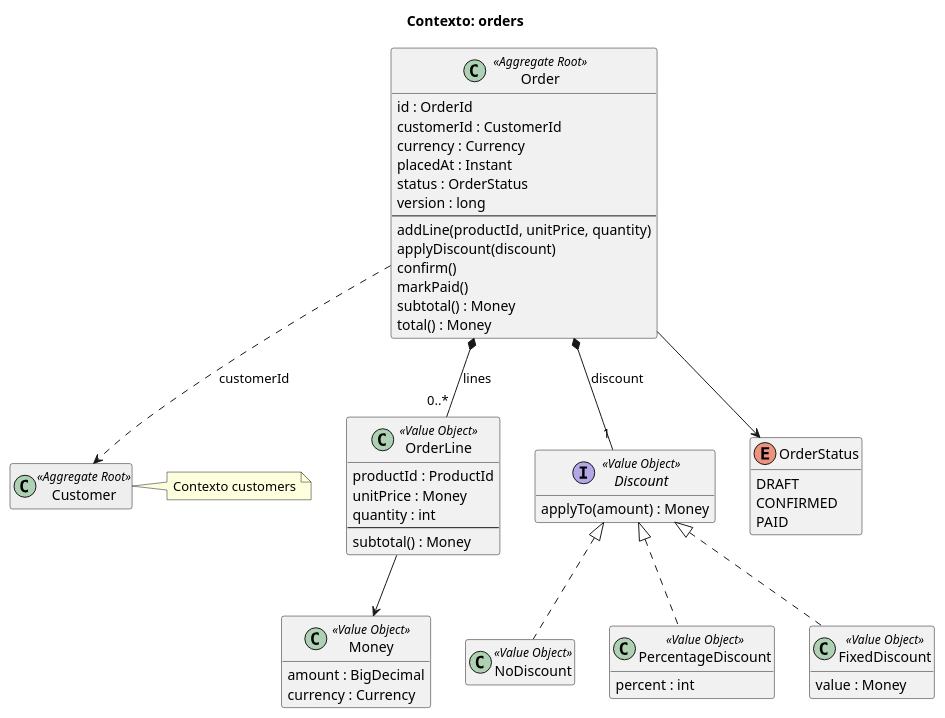
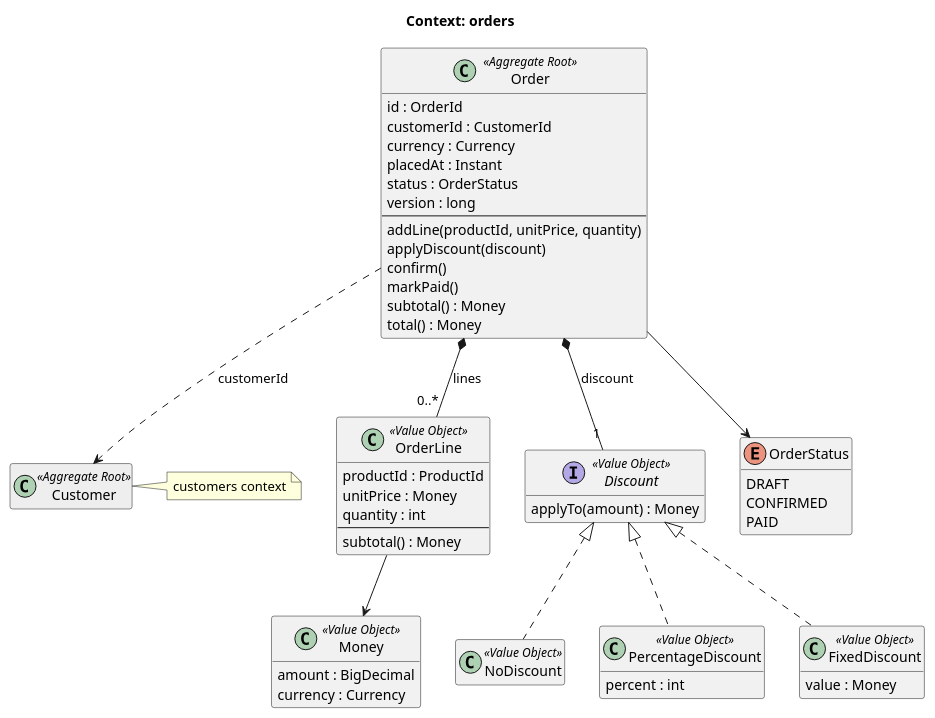
The diagram in .claude/references/docs/diagrams/orders.puml (erikandreasdev/spring-ddd-template), drawn with PlantUML before and after one commit. The commit also changed 165 other files, not shown here.

```diff
--- a/.claude/references/docs/diagrams/orders.puml
+++ b/.claude/references/docs/diagrams/orders.puml
@@ -1,65 +1,65 @@
 @startuml orders
-' Diagrama de clases de un contexto: solo modelo de dominio, sin repositorios ni casos de uso.
-title Contexto: orders
+' Class diagram of a context: domain model only, no repositories or use cases.
+title Context: orders
 
 hide empty members
 skinparam classAttributeIconSize 0
 
 class Order <<Aggregate Root>> {
   id : OrderId
   customerId : CustomerId
   currency : Currency
   placedAt : Instant
   status : OrderStatus
   version : long
   --
   addLine(productId, unitPrice, quantity)
   applyDiscount(discount)
   confirm()
   markPaid()
   subtotal() : Money
   total() : Money
 }
 
 class OrderLine <<Value Object>> {
   productId : ProductId
   unitPrice : Money
   quantity : int
   --
   subtotal() : Money
 }
 
 interface Discount <<Value Object>> {
   applyTo(amount) : Money
 }
 class NoDiscount <<Value Object>>
 class PercentageDiscount <<Value Object>> {
   percent : int
 }
 class FixedDiscount <<Value Object>> {
   value : Money
 }
 
 enum OrderStatus {
   DRAFT
   CONFIRMED
   PAID
 }
 
 class Money <<Value Object>> {
   amount : BigDecimal
   currency : Currency
 }
 
 class Customer <<Aggregate Root>> #EEEEEE
-note right of Customer : Contexto customers
+note right of Customer : customers context
 
 Order *-- "0..*" OrderLine : lines
 Order *-- "1" Discount : discount
 Order --> OrderStatus
 Discount <|.. NoDiscount
 Discount <|.. PercentageDiscount
 Discount <|.. FixedDiscount
 OrderLine --> Money
 Order ..> Customer : customerId
 @enduml
```
